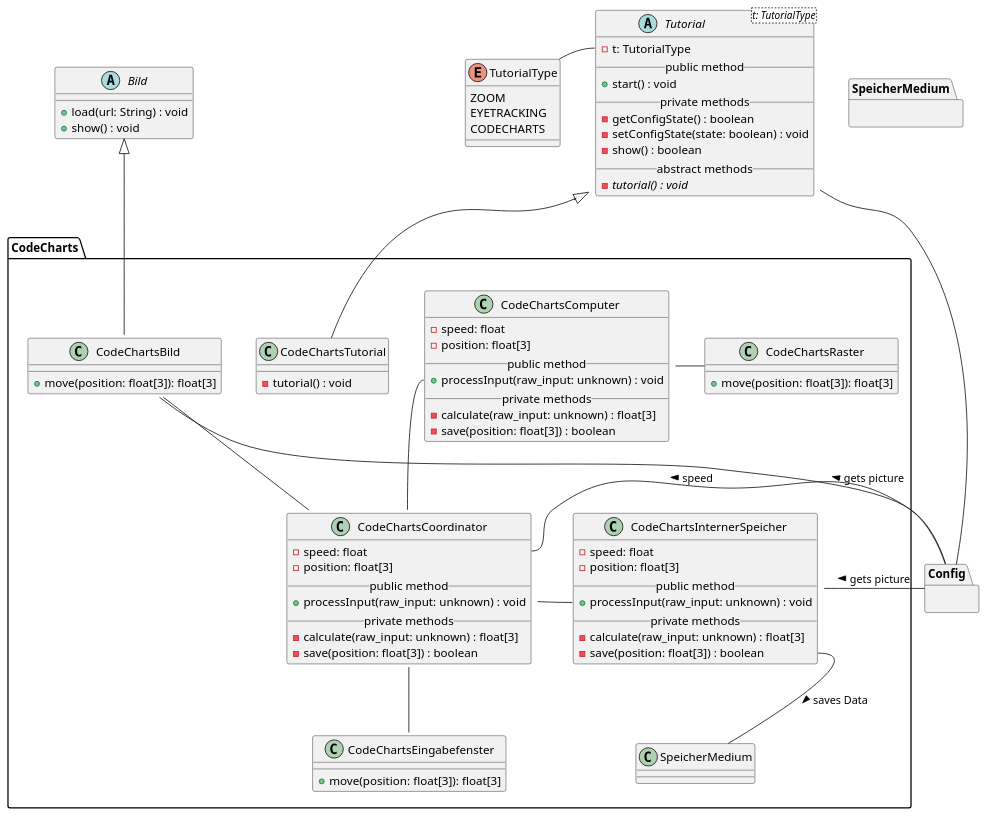
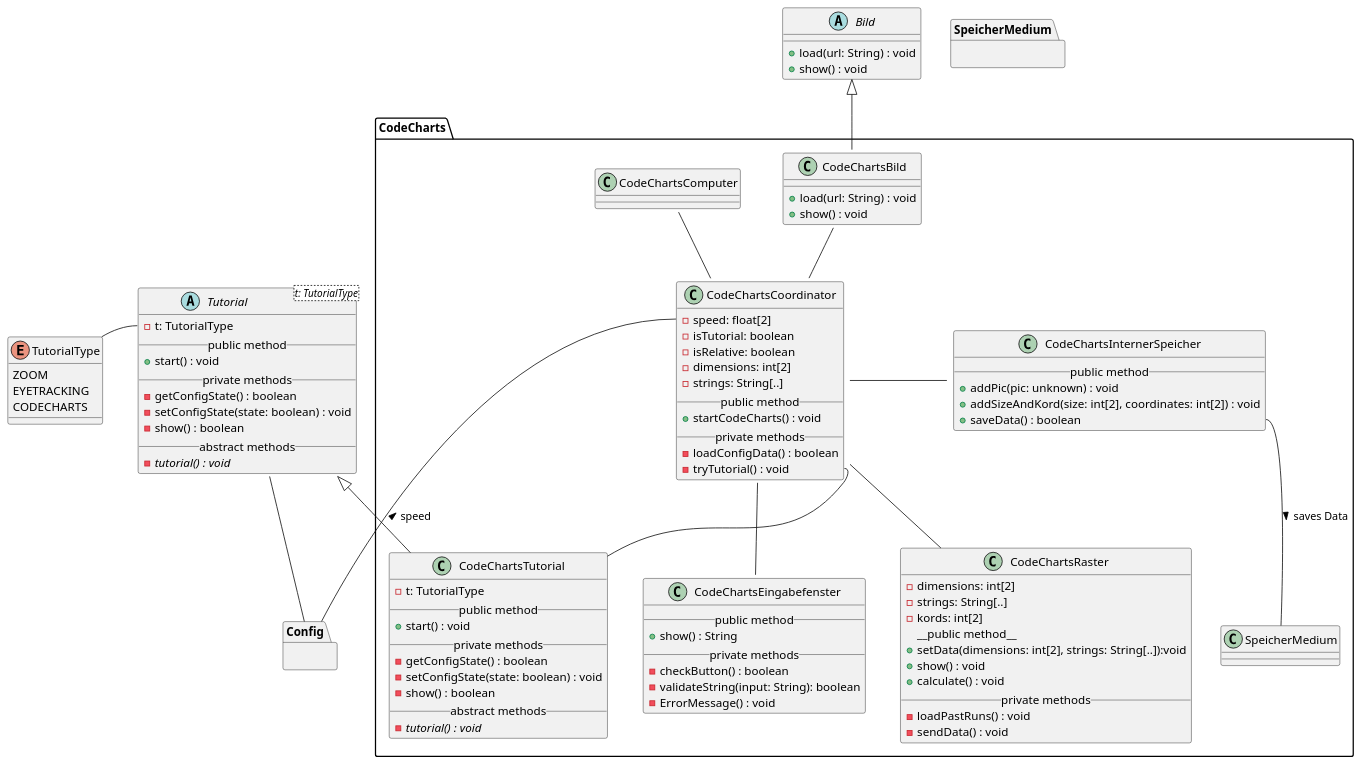
The diagram in meilenstein_03/uml-code_charts/uml-code_charts.puml (weichware10/meilensteine), drawn with PlantUML before and after one commit.

Commit message:
Klassen überarbeitet und vervollständigt

```diff
--- a/meilenstein_03/uml-code_charts/uml-code_charts.puml
+++ b/meilenstein_03/uml-code_charts/uml-code_charts.puml
@@ -1,125 +1,131 @@
 @startuml code_charts
 ' skinparam backgroundColor transparent
 '() System #DA70D5
 top to bottom direction
 
 ' --- TUTORIAL ---
 abstract Tutorial<t: TutorialType> {
   - t: TutorialType
   __public method__
   + start() : void
   __private methods__
   - getConfigState() : boolean
   - setConfigState(state: boolean) : void
   - show() : boolean
   __abstract methods__
   - {abstract} tutorial() : void
 }
 
 enum TutorialType {
   ZOOM
   EYETRACKING
   CODECHARTS
 }
 
 ' Interaktionen
 Tutorial::t -l- TutorialType
 Tutorial -d- Config
 
 
 ' --- BILD ---
 
 abstract Bild {
   + load(url: String) : void
   + show() : void
 }
 
 ' === CODE CHARTS ===
 package CodeCharts {
 
     ' CodeCharts Tutorial 
     class CodeChartsTutorial {
-        - tutorial() : void
+      - t: TutorialType
+      __public method__
+      + start() : void
+      __private methods__
+      - getConfigState() : boolean
+      - setConfigState(state: boolean) : void
+      - show() : boolean
+      __abstract methods__
+      - {abstract} tutorial() : void
     }
   
     ' CodeCharts Coordinator
     class CodeChartsCoordinator {
-        - speed: float
-        - position: float[3]
+        - speed: float[2]
+        - isTutorial: boolean
+        - isRelative: boolean
+        - dimensions: int[2]
+        - strings: String[..]
         __public method__
-        + processInput(raw_input: unknown) : void
+        + startCodeCharts() : void
         __private methods__
-        - calculate(raw_input: unknown) : float[3]
-        - save(position: float[3]) : boolean
-    }
-
-    ' CodeCharts Computer
-    class CodeChartsComputer {
-        - speed: float
-        - position: float[3]
-        __public method__
-        + processInput(raw_input: unknown) : void
-        __private methods__
-        - calculate(raw_input: unknown) : float[3]
-        - save(position: float[3]) : boolean
+        - loadConfigData() : boolean
+        - tryTutorial() : void
     }
 
     ' CodeCharts Interner Speicher
     class CodeChartsInternerSpeicher {
-        - speed: float
-        - position: float[3]
         __public method__
-        + processInput(raw_input: unknown) : void
-        __private methods__
-        - calculate(raw_input: unknown) : float[3]
-        - save(position: float[3]) : boolean
+        + addPic(pic: unknown) : void
+        + addSizeAndKord(size: int[2], coordinates: int[2]) : void
+        + saveData() : boolean
     }
 
     ' CodeCharts Bild
     class CodeChartsBild {
-        + move(position: float[3]): float[3]
+        ' Unsicher ob es sinnvoll ist das Bild vorzuladen
+        + load(url: String) : void
+        + show() : void
     }
 
     ' CodeCharts Raster
     class CodeChartsRaster {
-        + move(position: float[3]): float[3]
+        ' Unsicher ob es sinnvoll ist alle vorherigen Durchläufe auf einmal zu laden
+        - dimensions: int[2]
+        - strings: String[..]
+        - kords: int[2]
+        __public method__ 
+        + setData(dimensions: int[2], strings: String[..]):void
+        + show() : void
+        + calculate() : void
+        __private methods__
+        - loadPastRuns() : void
+        - sendData() : void
     }
 
     ' CodeCharts Eingabefenster
     class CodeChartsEingabefenster {
-        + move(position: float[3]): float[3]
+        __public method__
+        + show() : String
+        __private methods__
+        - checkButton() : boolean
+        - validateString(input: String): boolean
+        - ErrorMessage() : void
     }
 
 
     ' Vererbungen
     Bild <|-d- CodeChartsBild
     Tutorial <|-d- CodeChartsTutorial
 
     ' Interaktionen
     CodeChartsCoordinator -u- CodeChartsComputer::processInput
     CodeChartsCoordinator -u- CodeChartsBild::processInput
+    CodeChartsCoordinator -- CodeChartsRaster
     CodeChartsCoordinator -d- CodeChartsEingabefenster::processInput
     CodeChartsInternerSpeicher::processInput -l- CodeChartsCoordinator
-    CodeChartsComputer -r- CodeChartsRaster
-
-
-    
-
-
-
-
+    CodeChartsCoordinator::tryTutorial -- CodeChartsTutorial
 
     ' Andere Module
     CodeChartsInternerSpeicher::save -d- SpeicherMedium : > saves Data
     CodeChartsCoordinator::speed -d- Config : < speed
-    CodeChartsBild -d- Config : < gets picture
-    CodeChartsInternerSpeicher -u- Config : < gets picture
   
 }
 
 ' Blackboxen / Andere Module
 package Config {}
 
 package SpeicherMedium {}
 
 @enduml
```
